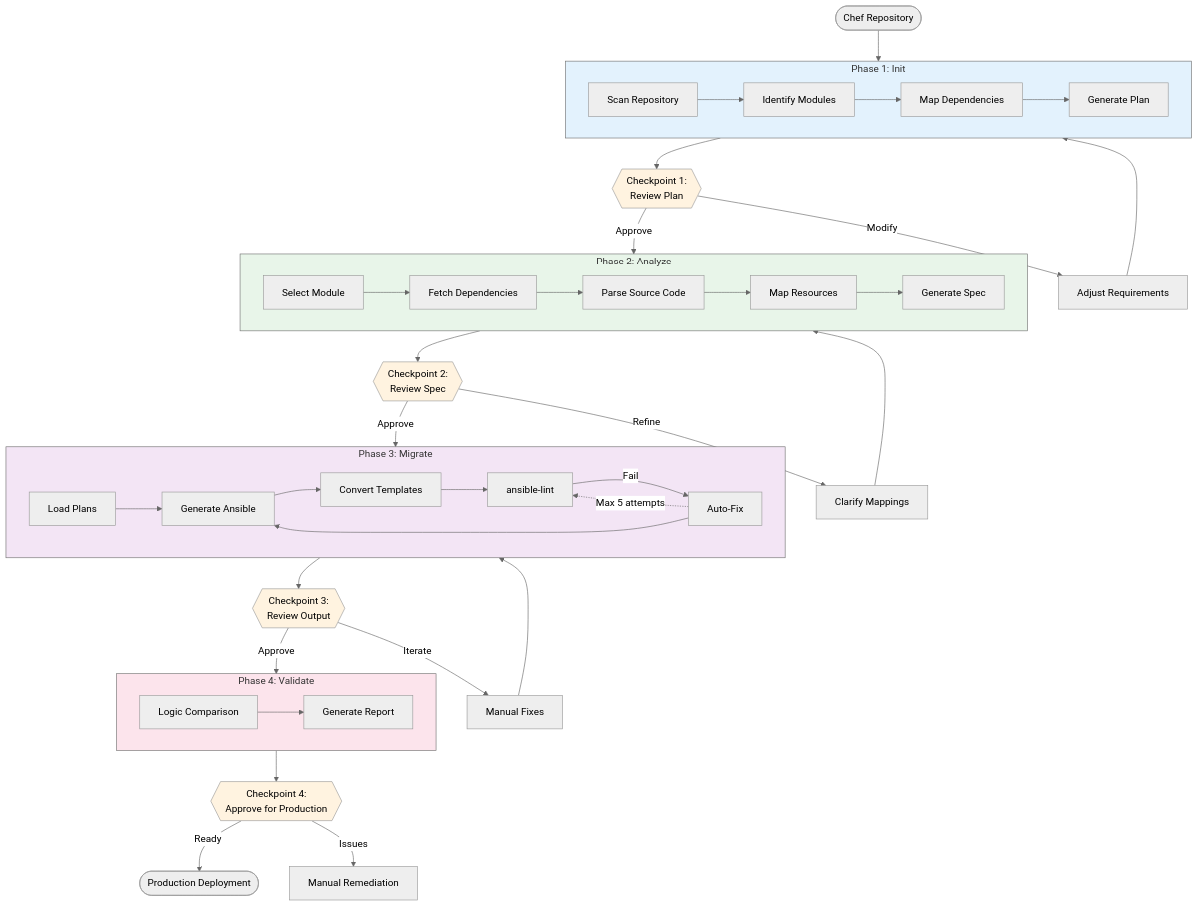
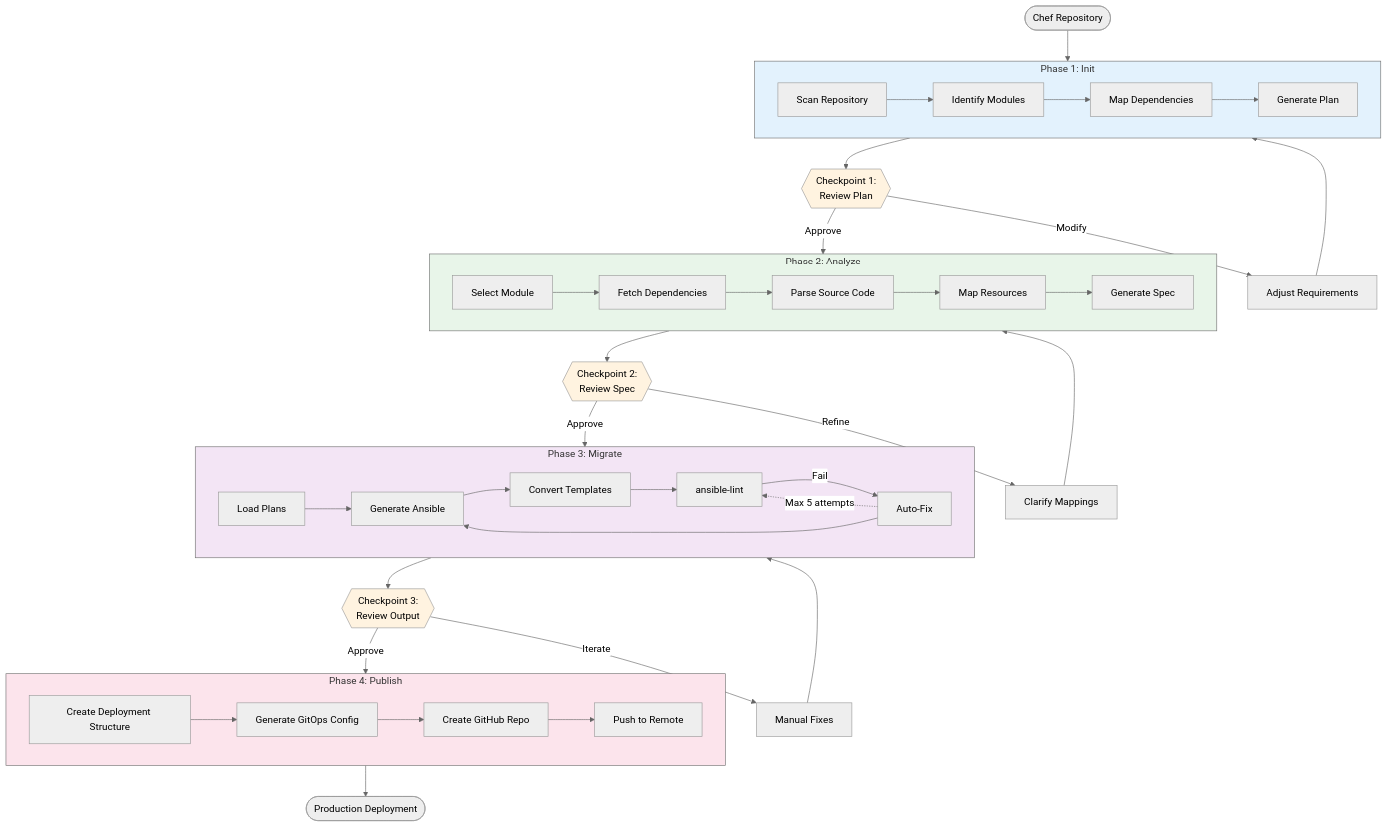
Before and after one commit to x2ansible/x2a-convertor: the first of 7 diagrams in docs/concepts/workflow.md, drawn with Mermaid (neutral theme). The commit also changed other lines of this file and 3 other files, not shown here.

````diff
--- a/docs/concepts/workflow.md
+++ b/docs/concepts/workflow.md
@@ -18,70 +18,68 @@
 ```mermaid
 flowchart TB
     Start([Chef Repository]) --> P1
 
     subgraph P1["Phase 1: Init"]
         I1[Scan Repository]
         I2[Identify Modules]
         I3[Map Dependencies]
         I4[Generate Plan]
         I1 --> I2 --> I3 --> I4
     end
 
     P1 --> C1{{Checkpoint 1:<br/>Review Plan}}
 
     C1 -->|Approve| P2
     C1 -->|Modify| Req1[Adjust Requirements]
     Req1 --> P1
 
     subgraph P2["Phase 2: Analyze"]
         A1[Select Module]
         A2[Fetch Dependencies]
         A3[Parse Source Code]
         A4[Map Resources]
         A5[Generate Spec]
         A1 --> A2 --> A3 --> A4 --> A5
     end
 
     P2 --> C2{{Checkpoint 2:<br/>Review Spec}}
 
     C2 -->|Approve| P3
     C2 -->|Refine| Req2[Clarify Mappings]
     Req2 --> P2
 
     subgraph P3["Phase 3: Migrate"]
         M1[Load Plans]
         M2[Generate Ansible]
         M3[Convert Templates]
         M4[ansible-lint]
         M1 --> M2 --> M3 --> M4
         M4 -->|Fail| M5[Auto-Fix]
         M5 --> M2
         M5 -.->|Max 5 attempts| M4
     end
 
     P3 --> C3{{Checkpoint 3:<br/>Review Output}}
 
     C3 -->|Approve| P4
     C3 -->|Iterate| Req3[Manual Fixes]
     Req3 --> P3
 
-    subgraph P4["Phase 4: Validate"]
-        V1[Logic Comparison]
-        V2[Generate Report]
-        V1 --> V2
+    subgraph P4["Phase 4: Publish"]
+        PB1[Create Deployment Structure]
+        PB2[Generate GitOps Config]
+        PB3[Create GitHub Repo]
+        PB4[Push to Remote]
+        PB1 --> PB2 --> PB3 --> PB4
     end
 
-    P4 --> C4{{Checkpoint 4:<br/>Approve for Production}}
-
-    C4 -->|Ready| End([Production Deployment])
-    C4 -->|Issues| Manual[Manual Remediation]
+    P4 --> End([Production Deployment])
 
     style C1 fill:#fff3e0
     style C2 fill:#fff3e0
     style C3 fill:#fff3e0
-    style C4 fill:#fff3e0
     style P1 fill:#e3f2fd
     style P2 fill:#e8f5e9
     style P3 fill:#f3e5f5
     style P4 fill:#fce4ec
 ```
````
